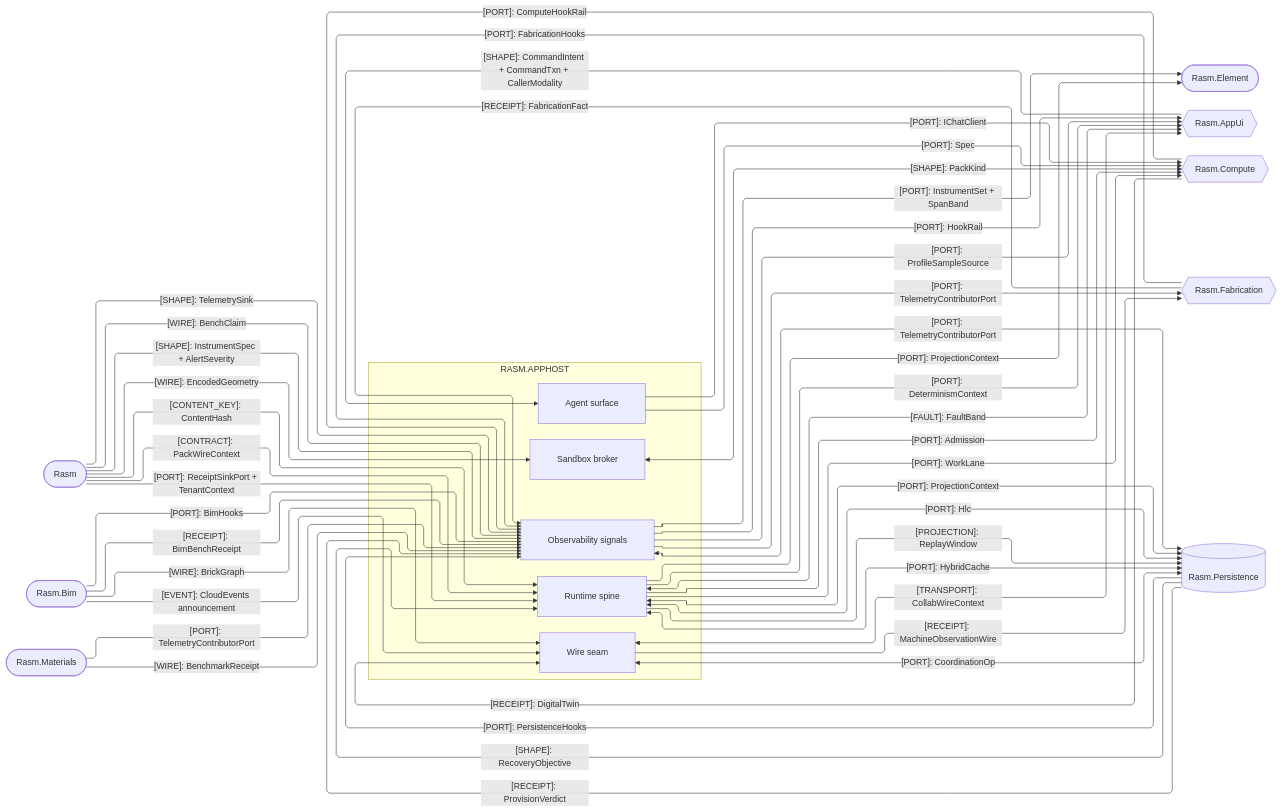
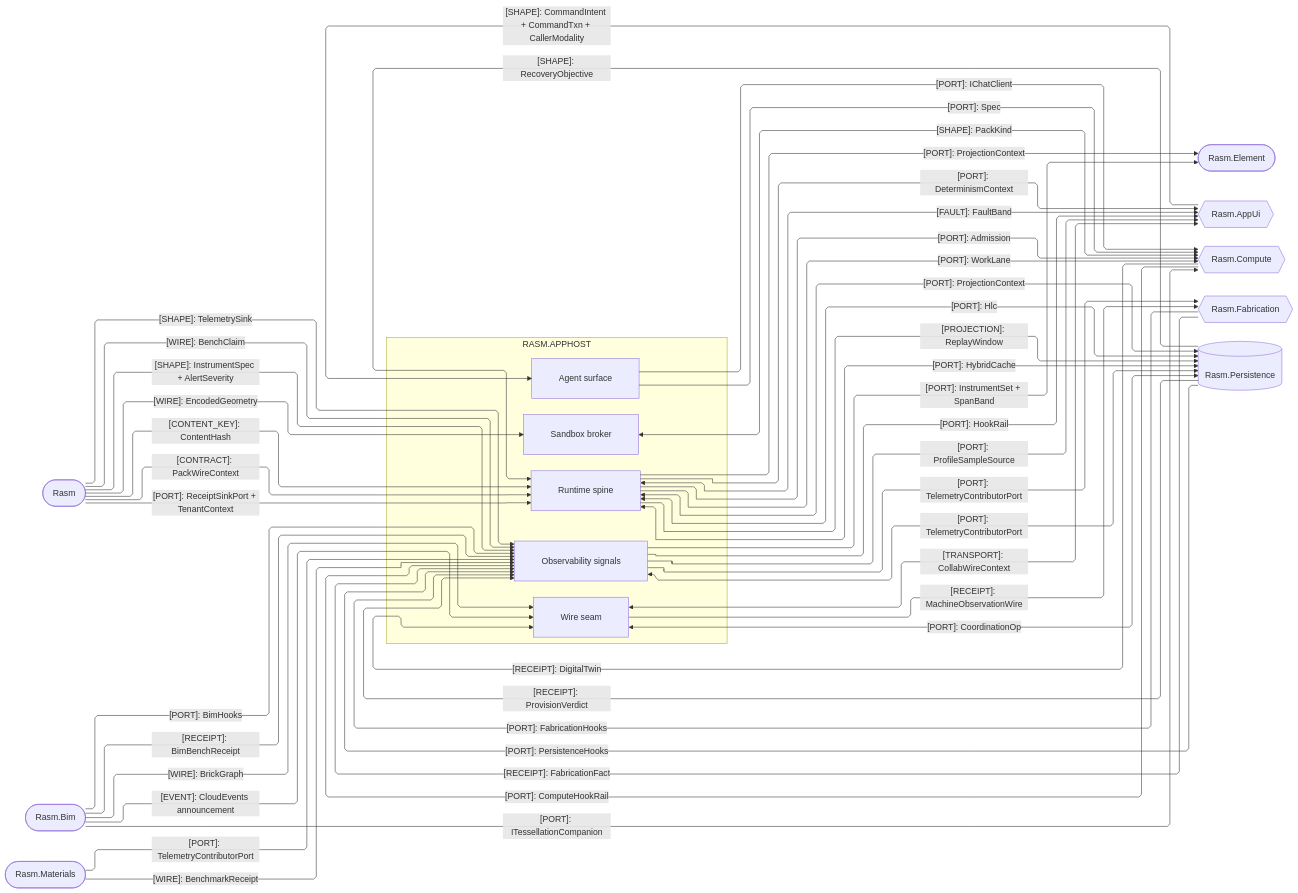
Before and after one commit to bsamiee/Rasm: the third of 4 diagrams in libs/csharp/Rasm.AppHost/ARCHITECTURE.md, drawn with Mermaid. The commit also changed other lines of this file and 820 other files, not shown here.

````diff
--- a/libs/csharp/Rasm.AppHost/ARCHITECTURE.md
+++ b/libs/csharp/Rasm.AppHost/ARCHITECTURE.md
@@ -153,68 +155,69 @@
 ```mermaid
 ---
 config:
   layout: elk
   flowchart:
     curve: linear
     padding: 25
 ---
 flowchart LR
     accTitle: AppHost C# platform seams
     accDescr: Which ports, wires, receipts, and content keys cross between AppHost and every C# peer.
     subgraph apphost[RASM.APPHOST]
         Runtime[Runtime spine]
         Agent[Agent surface]
         Wire[Wire seam]
         Sandbox[Sandbox broker]
         Observability[Observability signals]
     end
     Kernel([Rasm])
     Bim([Rasm.Bim])
     Element([Rasm.Element])
     Materials([Rasm.Materials])
     AppUi{{Rasm.AppUi}}
     Compute{{Rasm.Compute}}
     Fabrication{{Rasm.Fabrication}}
     Persistence[(Rasm.Persistence)]
     Kernel e1@-->|"[WIRE]: EncodedGeometry"| Sandbox
     Kernel e2@-->|"[SHAPE]: TelemetrySink"| Observability
     Kernel e3@-->|"[WIRE]: BenchClaim"| Observability
     Kernel e4@-->|"[SHAPE]: InstrumentSpec + AlertSeverity"| Observability
     Kernel e5@-->|"[CONTENT_KEY]: ContentHash"| Runtime
     Kernel e6@-->|"[CONTRACT]: PackWireContext"| Runtime
     Kernel e7@-->|"[PORT]: ReceiptSinkPort + TenantContext"| Runtime
     Bim e8@-->|"[PORT]: BimHooks"| Observability
     Bim e9@-->|"[RECEIPT]: BimBenchReceipt"| Observability
     Bim e10@-->|"[EVENT]: CloudEvents announcement"| Wire
     Bim e11@-->|"[WIRE]: BrickGraph"| Wire
+    Bim e42@-->|"[PORT]: ITessellationCompanion"| Compute
     Runtime e12@-->|"[PORT]: ProjectionContext"| Element
     Observability e13@-->|"[PORT]: InstrumentSet + SpanBand"| Element
     Materials e14@-->|"[PORT]: TelemetryContributorPort"| Observability
     Materials e15@-->|"[WIRE]: BenchmarkReceipt"| Observability
     Runtime e16@-->|"[PORT]: DeterminismContext"| AppUi
     Runtime e17@<-->|"[PORT]: ProjectionContext"| Persistence
     Wire e18@<-->|"[PORT]: CoordinationOp"| Persistence
     Runtime e19@<-->|"[PORT]: Hlc"| Persistence
     Persistence e20@-->|"[SHAPE]: RecoveryObjective"| Runtime
     Runtime e21@-->|"[PROJECTION]: ReplayWindow"| Persistence
     Runtime e22@<-->|"[PORT]: HybridCache"| Persistence
     Persistence e23@-->|"[RECEIPT]: ProvisionVerdict"| Observability
     Observability e24@<-->|"[PORT]: TelemetryContributorPort"| Persistence
     Persistence e25@-->|"[PORT]: PersistenceHooks"| Observability
     Observability e26@-->|"[PORT]: HookRail"| AppUi
     Runtime e27@<-->|"[FAULT]: FaultBand"| AppUi
     Observability e28@-->|"[PORT]: ProfileSampleSource"| AppUi
     Fabrication e29@-->|"[RECEIPT]: FabricationFact"| Observability
     Fabrication e30@-->|"[PORT]: FabricationHooks"| Observability
     Observability e31@-->|"[PORT]: TelemetryContributorPort"| Fabrication
     Wire e32@-->|"[RECEIPT]: MachineObservationWire"| Fabrication
     Runtime e33@-->|"[PORT]: Admission"| Compute
     Runtime e34@-->|"[PORT]: WorkLane"| Compute
     Agent e35@-->|"[PORT]: IChatClient"| Compute
     Agent e36@-->|"[PORT]: Spec"| Compute
     Compute e37@-->|"[PORT]: ComputeHookRail"| Observability
     Compute e38@-->|"[RECEIPT]: DigitalTwin"| Wire
     Wire e39@<-->|"[TRANSPORT]: CollabWireContext"| AppUi
     Sandbox e40@<-->|"[SHAPE]: PackKind"| Compute
     AppUi e41@-->|"[SHAPE]: CommandIntent + CommandTxn + CallerModality"| Agent
 ```
````
